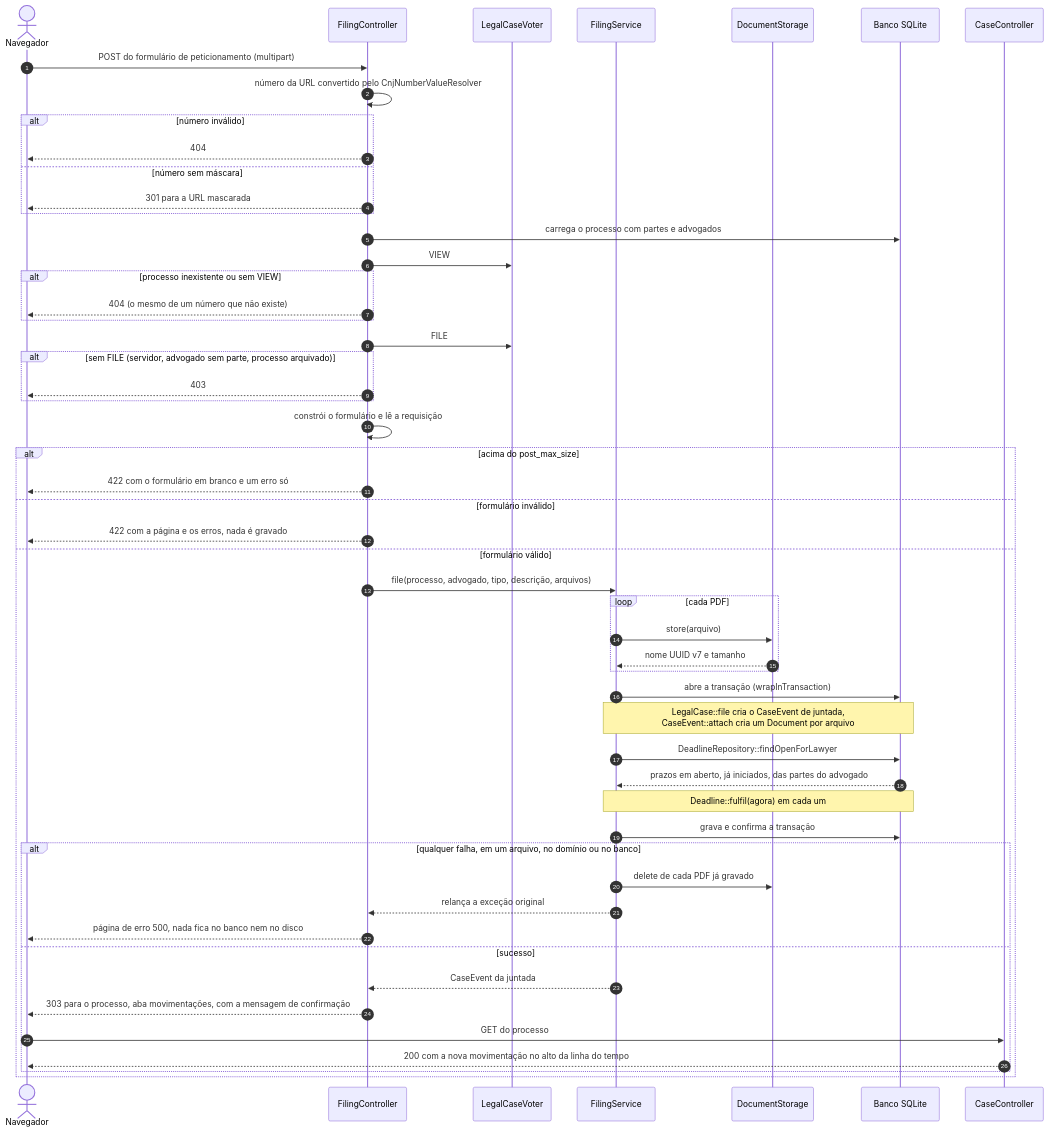
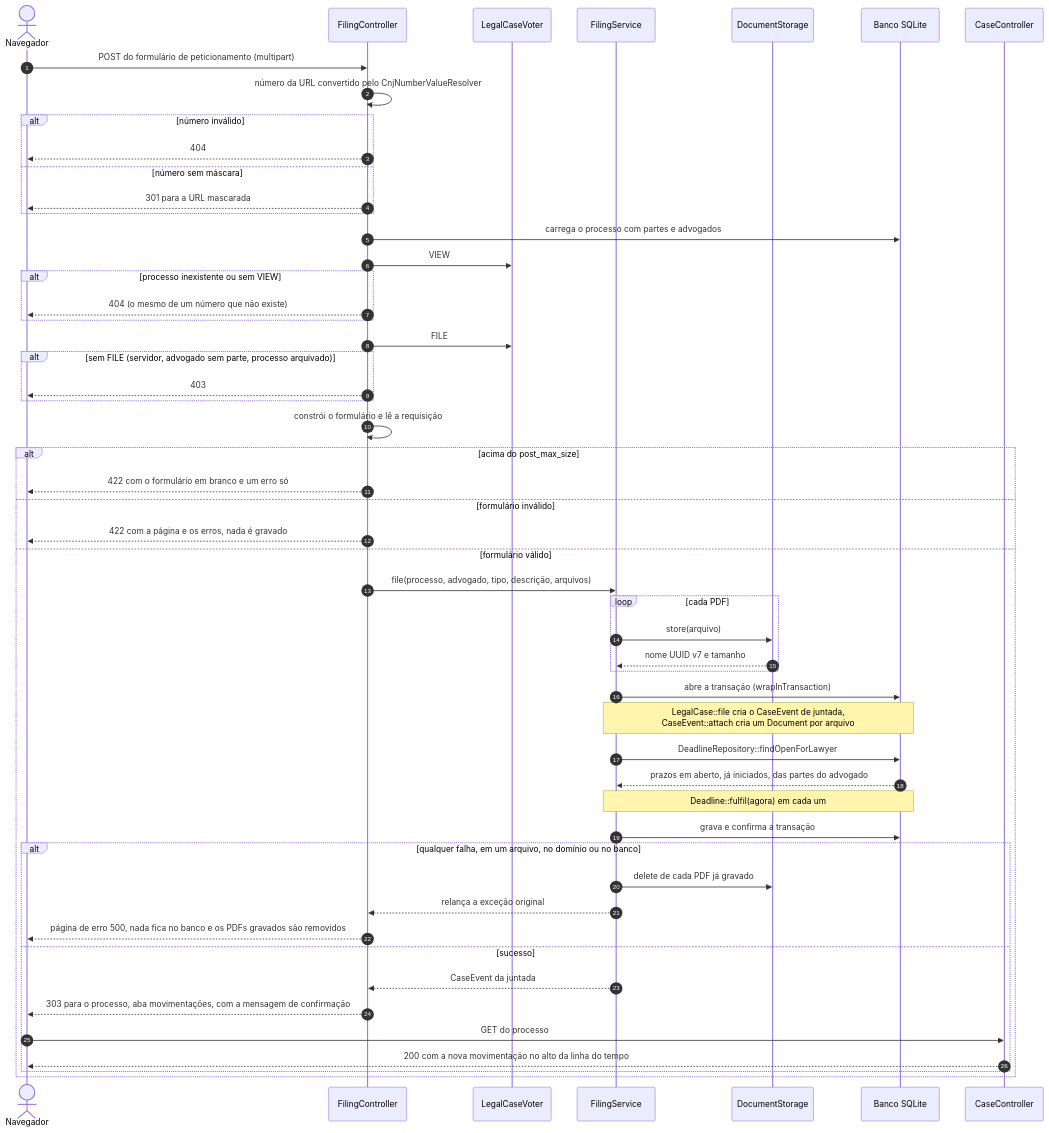
Before and after one commit to Hugueninfer/Jus: the diagram in docs/diagrams/sequencia-peticionamento.md, drawn with Mermaid. The commit also changed other lines of this file and 6 other files, not shown here.

First line of the commit message:
docs: correct details in the decisions and diagrams

````diff
--- a/docs/diagrams/sequencia-peticionamento.md
+++ b/docs/diagrams/sequencia-peticionamento.md
@@ -5,64 +5,64 @@
 ```mermaid
 sequenceDiagram
     autonumber
     actor B as Navegador
     participant C as FilingController
     participant V as LegalCaseVoter
     participant S as FilingService
     participant D as DocumentStorage
     participant DB as Banco SQLite
     participant P as CaseController
 
     B->>C: POST do formulário de peticionamento (multipart)
     C->>C: número da URL convertido pelo CnjNumberValueResolver
 
     alt número inválido
         C-->>B: 404
     else número sem máscara
         C-->>B: 301 para a URL mascarada
     end
 
     C->>DB: carrega o processo com partes e advogados
     C->>V: VIEW
     alt processo inexistente ou sem VIEW
         C-->>B: 404 (o mesmo de um número que não existe)
     end
 
     C->>V: FILE
     alt sem FILE (servidor, advogado sem parte, processo arquivado)
         C-->>B: 403
     end
 
     C->>C: constrói o formulário e lê a requisição
 
     alt acima do post_max_size
         C-->>B: 422 com o formulário em branco e um erro só
     else formulário inválido
         C-->>B: 422 com a página e os erros, nada é gravado
     else formulário válido
         C->>S: file(processo, advogado, tipo, descrição, arquivos)
 
         loop cada PDF
             S->>D: store(arquivo)
             D-->>S: nome UUID v7 e tamanho
         end
 
         S->>DB: abre a transação (wrapInTransaction)
         Note over S,DB: LegalCase::file cria o CaseEvent de juntada,<br/>CaseEvent::attach cria um Document por arquivo
         S->>DB: DeadlineRepository::findOpenForLawyer
         DB-->>S: prazos em aberto, já iniciados, das partes do advogado
         Note over S,DB: Deadline::fulfil(agora) em cada um
         S->>DB: grava e confirma a transação
 
         alt qualquer falha, em um arquivo, no domínio ou no banco
             S->>D: delete de cada PDF já gravado
             S-->>C: relança a exceção original
-            C-->>B: página de erro 500, nada fica no banco nem no disco
+            C-->>B: página de erro 500, nada fica no banco e os PDFs gravados são removidos
         else sucesso
             S-->>C: CaseEvent da juntada
             C-->>B: 303 para o processo, aba movimentações, com a mensagem de confirmação
             B->>P: GET do processo
             P-->>B: 200 com a nova movimentação no alto da linha do tempo
         end
     end
 ```
````
